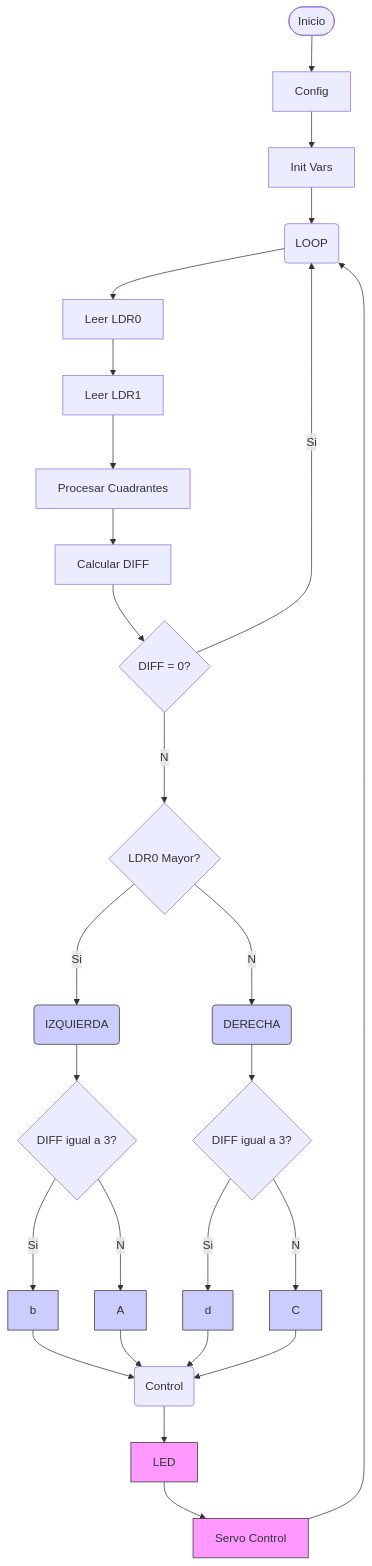
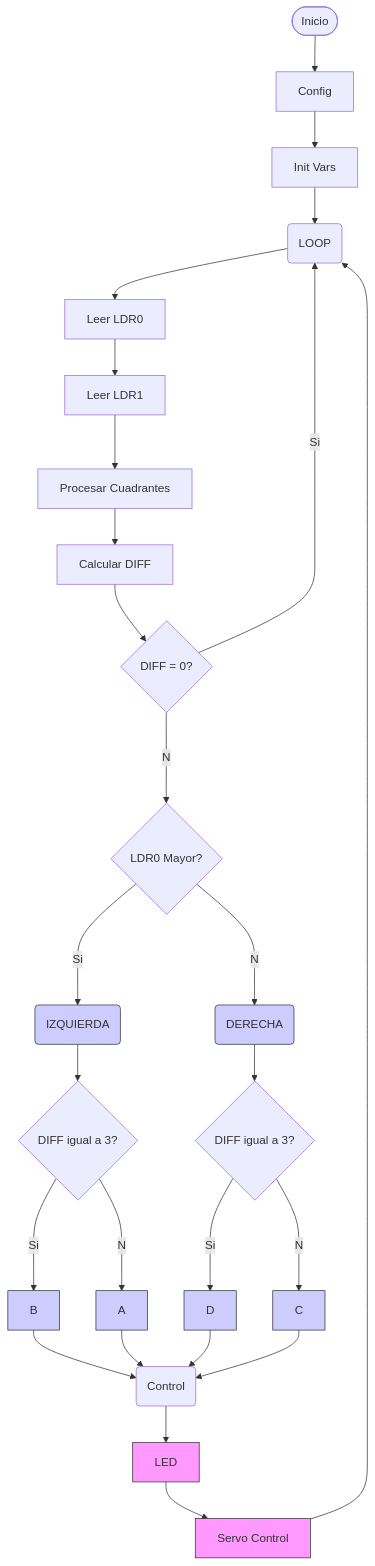
One commit to juan-felipe-castilla/Digital2 changed the diagram in README.md. Above: the diagram before and after it, drawn with Mermaid.

Commit message:
Fix case sensitivity in README flowchart

````diff
--- a/README.md
+++ b/README.md
@@ -64,37 +64,37 @@
 ```mermaid 
 flowchart TD
 A([Inicio])-->B[Config]
 B-->C[Init Vars]
 C-->D(LOOP)
 D-->E[Leer LDR0]
 E-->F[Leer LDR1]
 F-->I[Procesar Cuadrantes]
 I-->J[Calcular DIFF]
 J-->K{DIFF = 0?}
 K--Si-->D
 K--No-->L{LDR0 Mayor?}
 L--Si-->M(IZQUIERDA)
 L--No-->N(DERECHA)
 M-->M1{DIFF igual a 3?}
-M1--Si-->O[b]
+M1--Si-->O[B]
 M1--No-->P[A]
 N-->N1{DIFF igual a 3?}
-N1--Si-->Q[d]
+N1--Si-->Q[D]
 N1--No-->R[C]
 O-->S(Control)
 P-->S
 Q-->S
 R-->S
 S-->T[LED]
 T-->U[Servo Control]
 U-->D
 
 style M fill:#ccf,stroke:#333
 style N fill:#ccf,stroke:#333
 style O fill:#ccf,stroke:#333
 style P fill:#ccf,stroke:#333
 style Q fill:#ccf,stroke:#333
 style R fill:#ccf,stroke:#333
 style T fill:#f9f,stroke:#333
 style U fill:#f9f,stroke:#333
 ```
````
